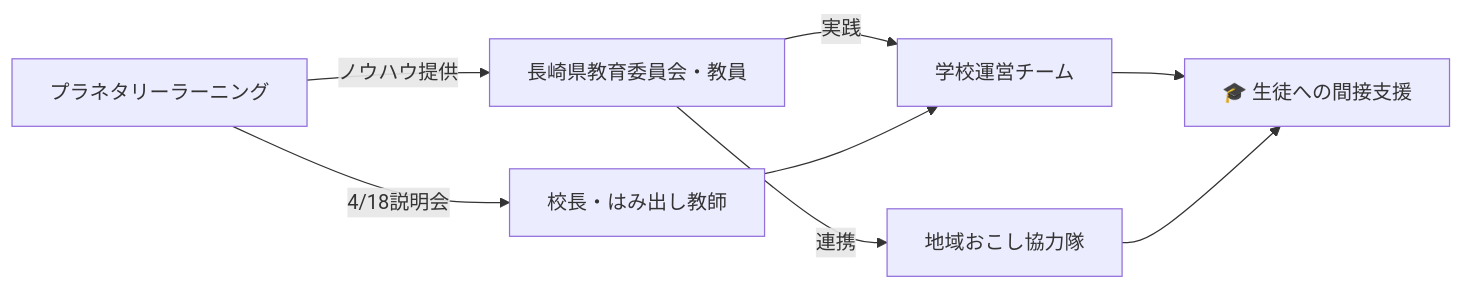
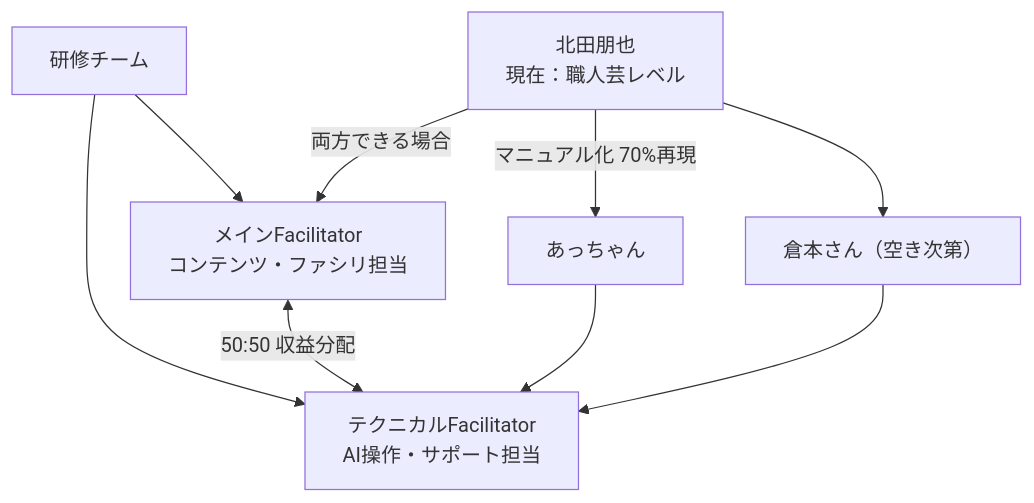
The fourth of 9 diagrams in プラネタリーラーニング_運営MTG_20260326.md (VOMOYA/planetary-learning-mtg-reports), drawn with Mermaid before and after one commit. The commit also changed other lines of this file, not shown here.

````diff
--- a/プラネタリーラーニング_運営MTG_20260326.md
+++ b/プラネタリーラーニング_運営MTG_20260326.md
@@ -151,10 +199,12 @@
 ```mermaid
-flowchart LR
-    A[プラネタリーラーニング] -->|ノウハウ提供| B[長崎県教育委員会・教員]
-    B -->|実践| C[学校運営チーム]
-    B -->|連携| D[地域おこし協力隊]
-    C --> E[🎓 生徒への間接支援]
-    D --> E
-    A -->|4/18説明会| F[校長・はみ出し教師]
+flowchart TD
+    A[研修チーム] --> B[メインFacilitator<br/>コンテンツ・ファシリ担当]
+    A --> C[テクニカルFacilitator<br/>AI操作・サポート担当]
+    B <-->|50:50 収益分配| C
+
+    D[北田朋也<br/>現在：職人芸レベル] -->|マニュアル化 70%再現| E[あっちゃん]
+    D --> F[倉本さん（空き次第）]
+    E --> C
     F --> C
+    D -->|両方できる場合| B
 ```
````
